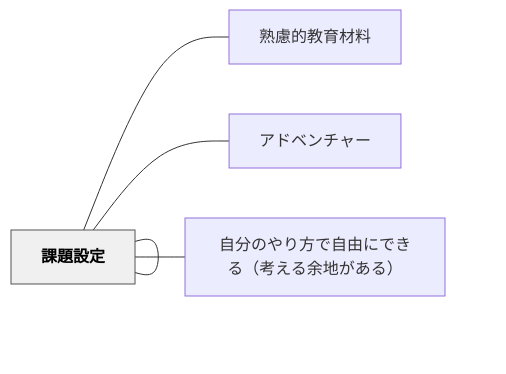
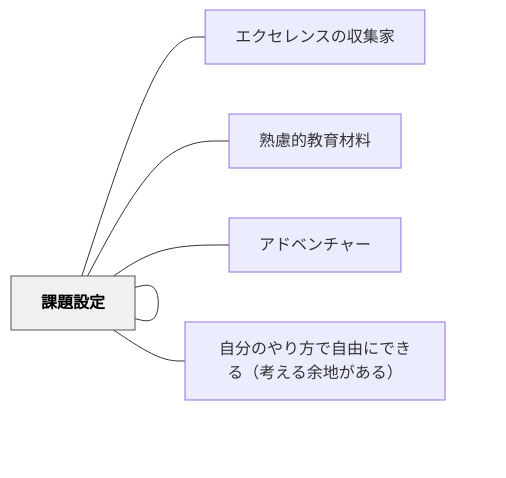
One commit to unknownthings-ed-patterns/unknownthings-ed-patterns changed the diagram in content/パタン/課題の調整.md. Above: the diagram before and after it, drawn with Mermaid. The commit also changed other lines of this file and 473 other files, not shown here.

````diff
--- a/content/パタン/課題の調整.md
+++ b/content/パタン/課題の調整.md
@@ -45,16 +46,18 @@
 ```mermaid
 flowchart LR
     ne8aab2e9a18c["課題の調整"]
+    ne382a8e382af["エクセレンスの収集家"]
     ne7869fe685ae["熟慮的教育材料"]
     ne8aab2e9a18c["課題設定"]
     ne382a2e38389["アドベンチャー"]
     ne887aae58886["自分のやり方で自由にできる（考える余地がある）"]
 
+    ne8aab2e9a18c --- ne382a8e382af
     ne8aab2e9a18c --- ne7869fe685ae
     ne8aab2e9a18c --- ne8aab2e9a18c
     ne8aab2e9a18c --- ne382a2e38389
     ne8aab2e9a18c --- ne887aae58886
 
     classDef hub fill:#f0f0f0,stroke:#555,color:#000,font-weight:bold
     class ne8aab2e9a18c hub
 ```
````
